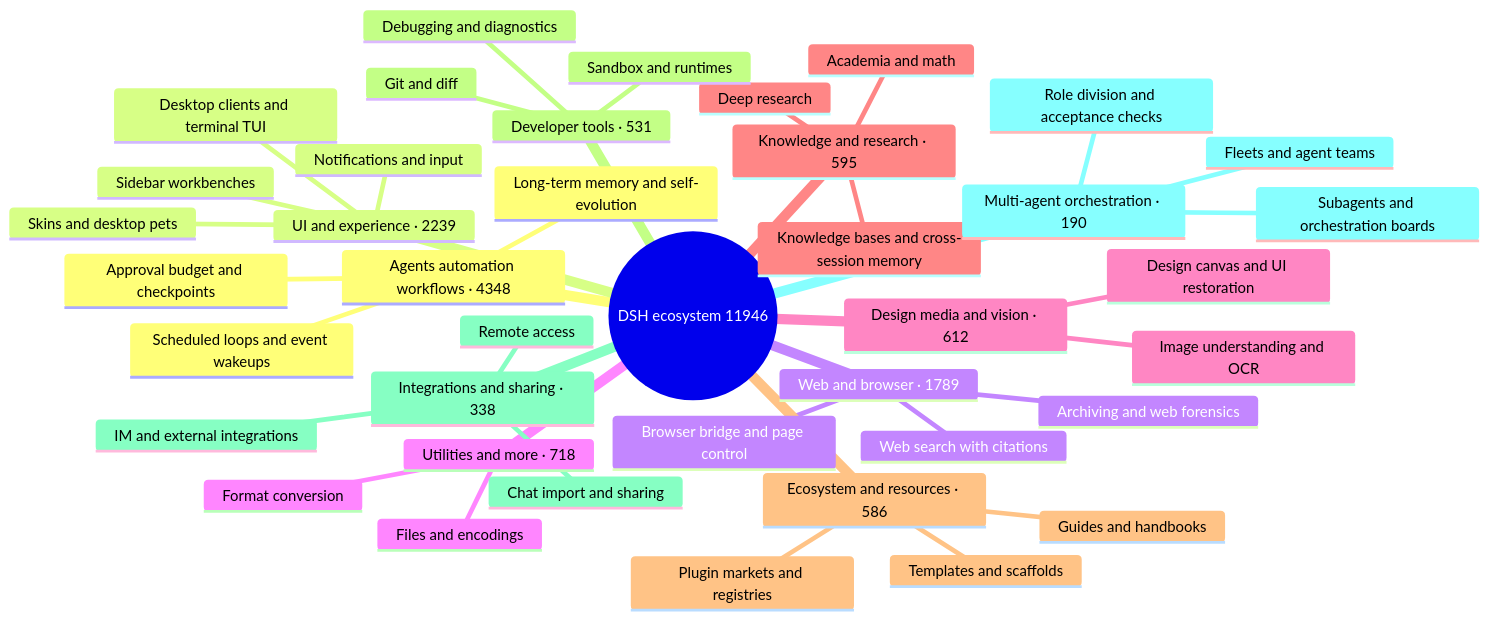
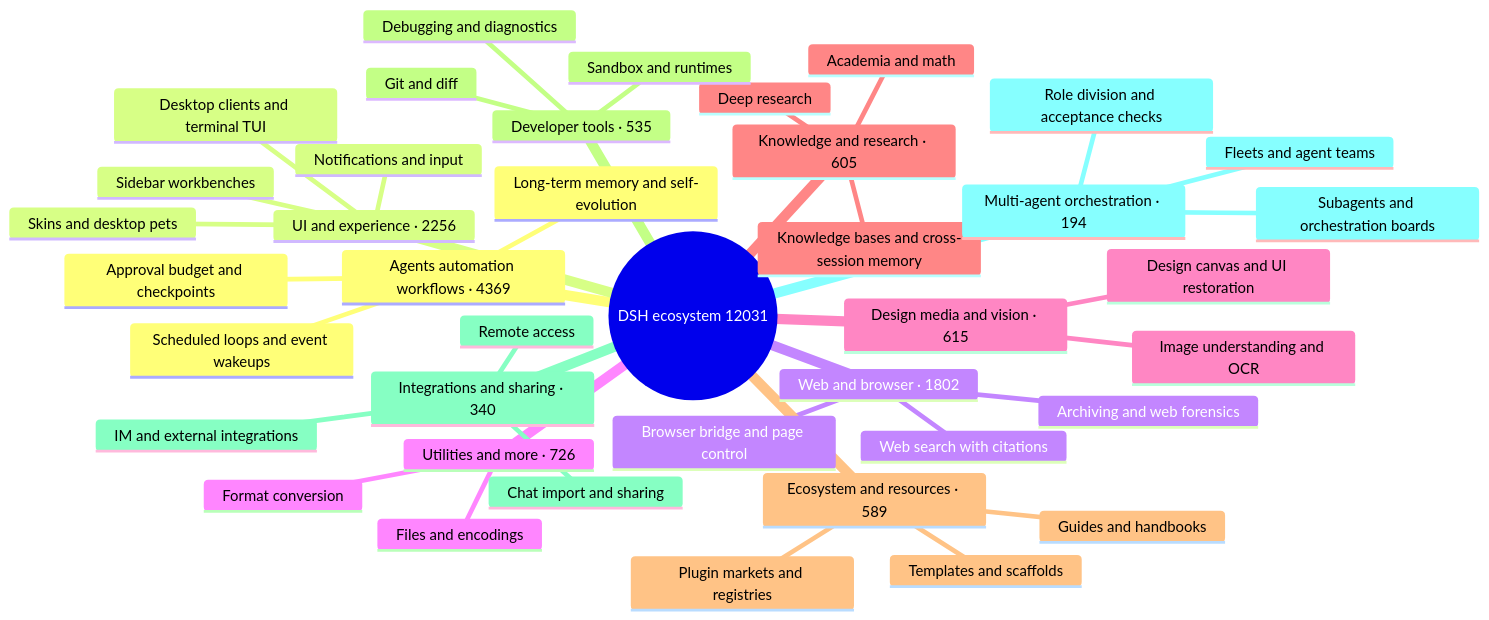
Before and after one commit to BOWLUNA/awesome-dsh-plugin: the diagram in README_EN.md, drawn with Mermaid. The commit also changed other lines of this file and 21 other files, not shown here.

````diff
--- a/README_EN.md
+++ b/README_EN.md
@@ -33,43 +33,43 @@
 ```mermaid
 mindmap
-  root((DSH ecosystem 11946))
-    Agents automation workflows · 4348
+  root((DSH ecosystem 12031))
+    Agents automation workflows · 4369
       Scheduled loops and event wakeups
       Long-term memory and self-evolution
       Approval budget and checkpoints
-    UI and experience · 2239
+    UI and experience · 2256
       Desktop clients and terminal TUI
       Sidebar workbenches
       Skins and desktop pets
       Notifications and input
-    Web and browser · 1789
+    Web and browser · 1802
       Browser bridge and page control
       Web search with citations
       Archiving and web forensics
-    Utilities and more · 718
+    Utilities and more · 726
       Files and encodings
       Format conversion
-    Design media and vision · 612
+    Design media and vision · 615
       Image understanding and OCR
       Design canvas and UI restoration
-    Knowledge and research · 595
+    Knowledge and research · 605
       Knowledge bases and cross-session memory
       Deep research
       Academia and math
-    Ecosystem and resources · 586
+    Ecosystem and resources · 589
       Plugin markets and registries
       Templates and scaffolds
       Guides and handbooks
-    Developer tools · 531
+    Developer tools · 535
       Git and diff
       Sandbox and runtimes
       Debugging and diagnostics
-    Integrations and sharing · 338
+    Integrations and sharing · 340
       Chat import and sharing
       Remote access
       IM and external integrations
-    Multi-agent orchestration · 190
+    Multi-agent orchestration · 194
       Subagents and orchestration boards
       Fleets and agent teams
       Role division and acceptance checks
 ```
````
